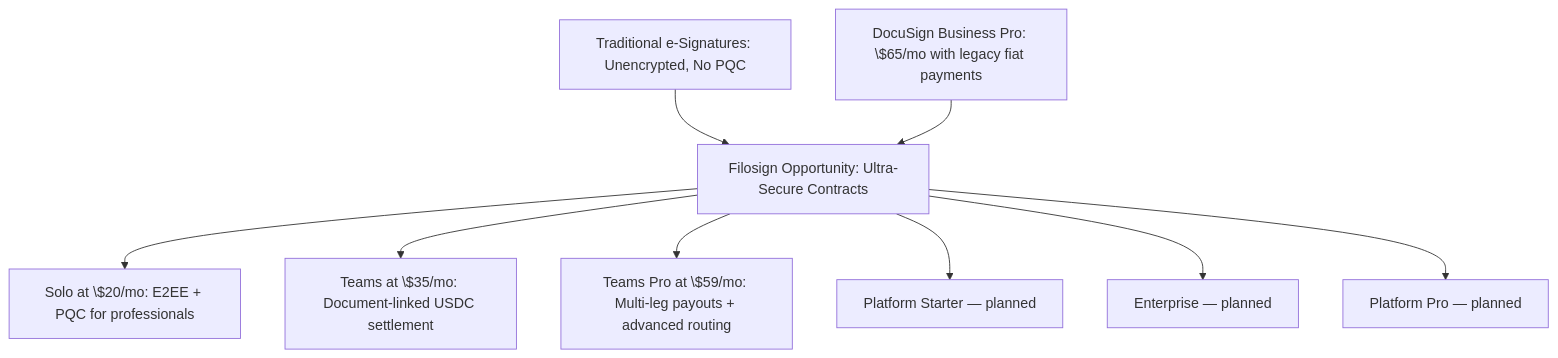
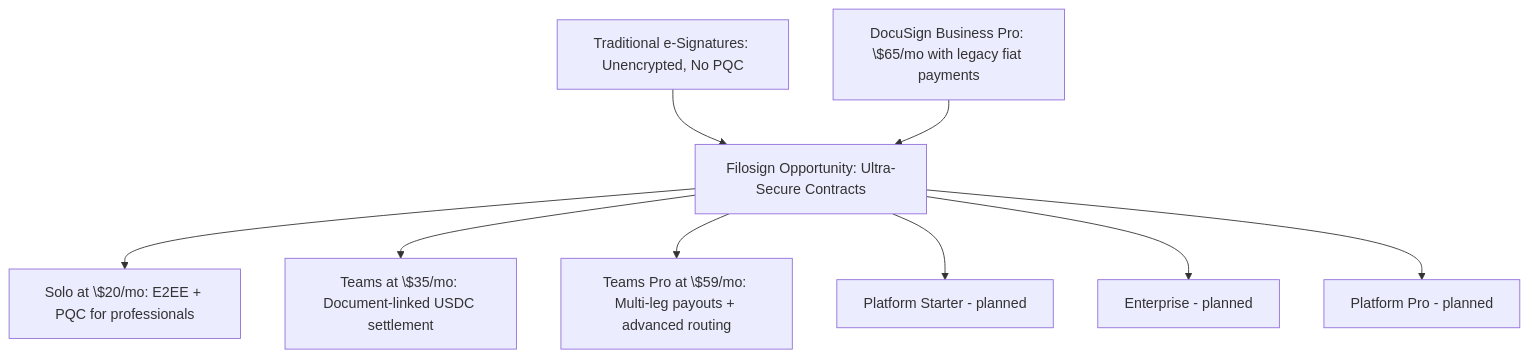
Before and after one commit to filosign-dapp/filosign: the diagram in project/entitlements/competitive_pricing_analysis.md, drawn with Mermaid. The commit also changed other lines of this file and 10 other files, not shown here.

````diff
--- a/project/entitlements/competitive_pricing_analysis.md
+++ b/project/entitlements/competitive_pricing_analysis.md
@@ -47,11 +47,11 @@
 ```mermaid
 graph TD
     A[Traditional e-Signatures: Unencrypted, No PQC] --> B[Filosign Opportunity: Ultra-Secure Contracts]
     C[DocuSign Business Pro: \$65/mo with legacy fiat payments] --> B
     B --> D[Solo at \$20/mo: E2EE + PQC for professionals]
     B --> E[Teams at \$35/mo: Document-linked USDC settlement]
     B --> F[Teams Pro at \$59/mo: Multi-leg payouts + advanced routing]
-    B --> H[Platform Starter — planned]
-    B --> G[Enterprise — planned]
-    B --> I[Platform Pro — planned]
+    B --> H[Platform Starter - planned]
+    B --> G[Enterprise - planned]
+    B --> I[Platform Pro - planned]
 ```
````
